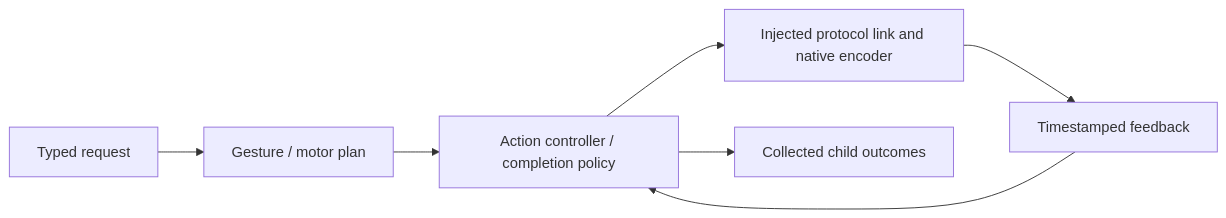
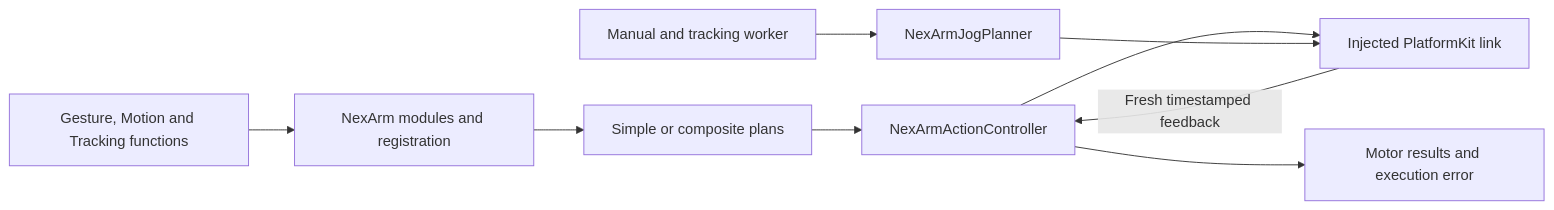
The diagram in MobileHarness/Actions/NexArm/Support/README.md (devilyouwei/MobileHarness), drawn with Mermaid before and after one commit. The commit also changed other lines of this file and 116 other files, not shown here.

````diff
--- a/MobileHarness/Actions/NexArm/Support/README.md
+++ b/MobileHarness/Actions/NexArm/Support/README.md
@@ -11,9 +15,11 @@
 ```mermaid
 flowchart LR
-    Entry[Typed request] --> Plan[Gesture / motor plan]
-    Plan --> Execute[Action controller / completion policy]
-    Execute --> SDK[Injected protocol link and native encoder]
-    SDK --> Feedback[Timestamped feedback]
-    Feedback --> Execute
-    Execute --> Report[Collected child outcomes]
+ Entries[Gesture, Motion and Tracking functions] --> Catalog[NexArm modules and registration]
+ Catalog --> Plan[Simple or composite plans]
+ Plan --> Controller[NexArmActionController]
+ Controller --> Link[Injected PlatformKit link]
+ Link -->|Fresh timestamped feedback| Controller
+ Controller --> Outcomes[Motor results and execution error]
+ App[Manual and tracking worker] --> Planner[NexArmJogPlanner]
+ Planner --> Link
 ```
````
